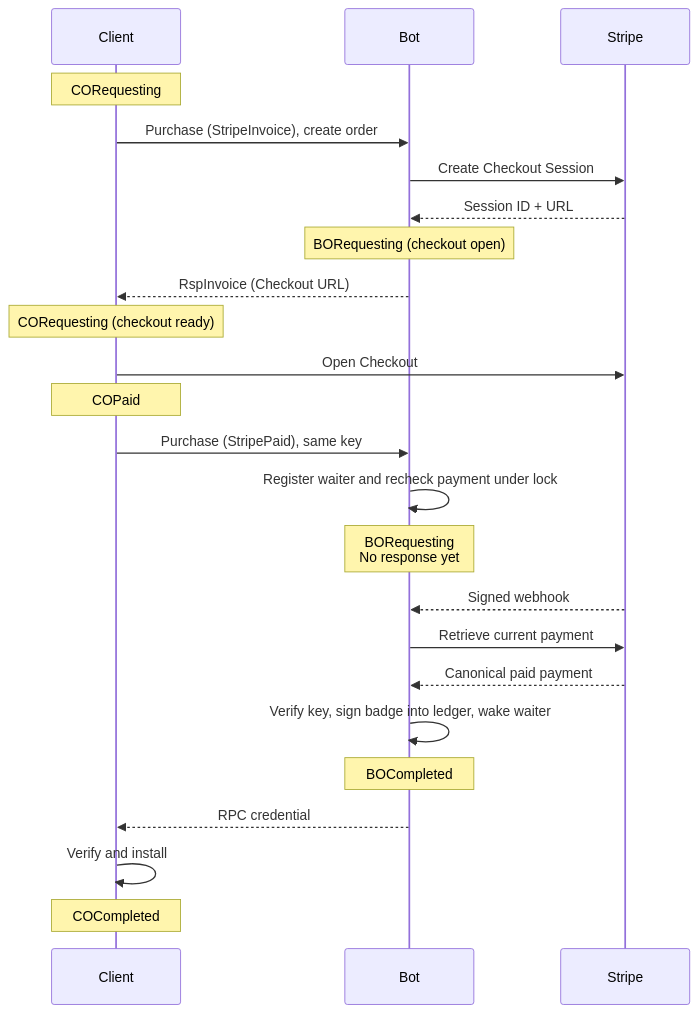
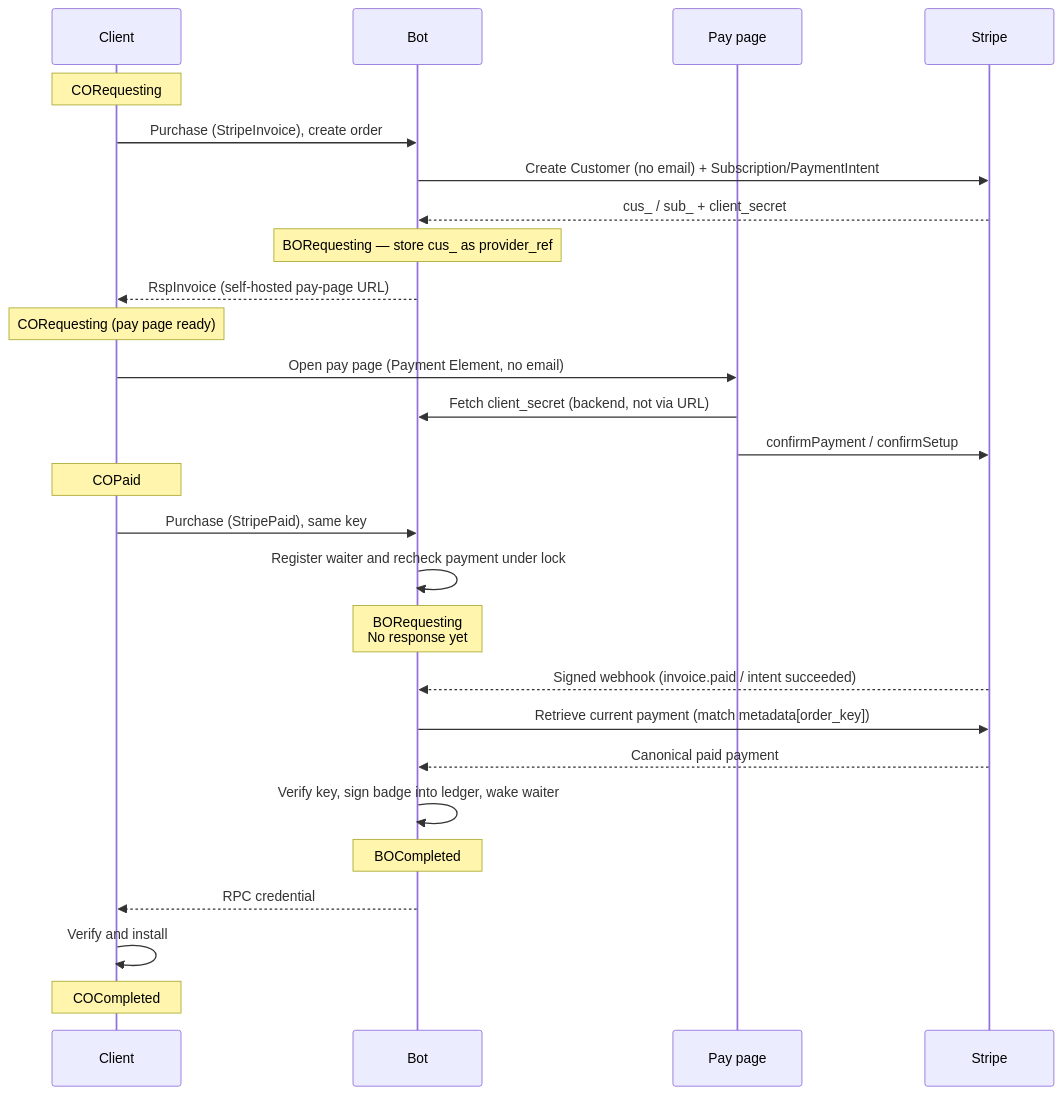
Before and after one commit to simplex-chat/simplex-chat: the seventh of 9 diagrams in plans/2026-07-20-supporter-badges-v2-implementation.md, drawn with Mermaid. The commit also changed other lines of this file and 1 other file, not shown here.

First line of the commit message:
docs: self-host Stripe Payment Element to avoid mandatory email

````diff
--- a/plans/2026-07-20-supporter-badges-v2-implementation.md
+++ b/plans/2026-07-20-supporter-badges-v2-implementation.md
@@ -325,26 +338,29 @@
 ```mermaid
 sequenceDiagram
   participant C as Client
   participant B as Bot
+  participant W as Pay page
   participant S as Stripe
   Note over C: CORequesting
   C->>B: Purchase (StripeInvoice), create order
-  B->>S: Create Checkout Session
-  S-->>B: Session ID + URL
-  Note over B: BORequesting (checkout open)
-  B-->>C: RspInvoice (Checkout URL)
-  Note over C: CORequesting (checkout ready)
-  C->>S: Open Checkout
+  B->>S: Create Customer (no email) + Subscription/PaymentIntent
+  S-->>B: cus_ / sub_ + client_secret
+  Note over B: BORequesting — store cus_ as provider_ref
+  B-->>C: RspInvoice (self-hosted pay-page URL)
+  Note over C: CORequesting (pay page ready)
+  C->>W: Open pay page (Payment Element, no email)
+  W->>B: Fetch client_secret (backend, not via URL)
+  W->>S: confirmPayment / confirmSetup
   Note over C: COPaid
   C->>B: Purchase (StripePaid), same key
   B->>B: Register waiter and recheck payment under lock
   Note over B: BORequesting<br/>No response yet
-  S-->>B: Signed webhook
-  B->>S: Retrieve current payment
+  S-->>B: Signed webhook (invoice.paid / intent succeeded)
+  B->>S: Retrieve current payment (match metadata[order_key])
   S-->>B: Canonical paid payment
   B->>B: Verify key, sign badge into ledger, wake waiter
   Note over B: BOCompleted
   B-->>C: RPC credential
   C->>C: Verify and install
   Note over C: COCompleted
 ```
````
